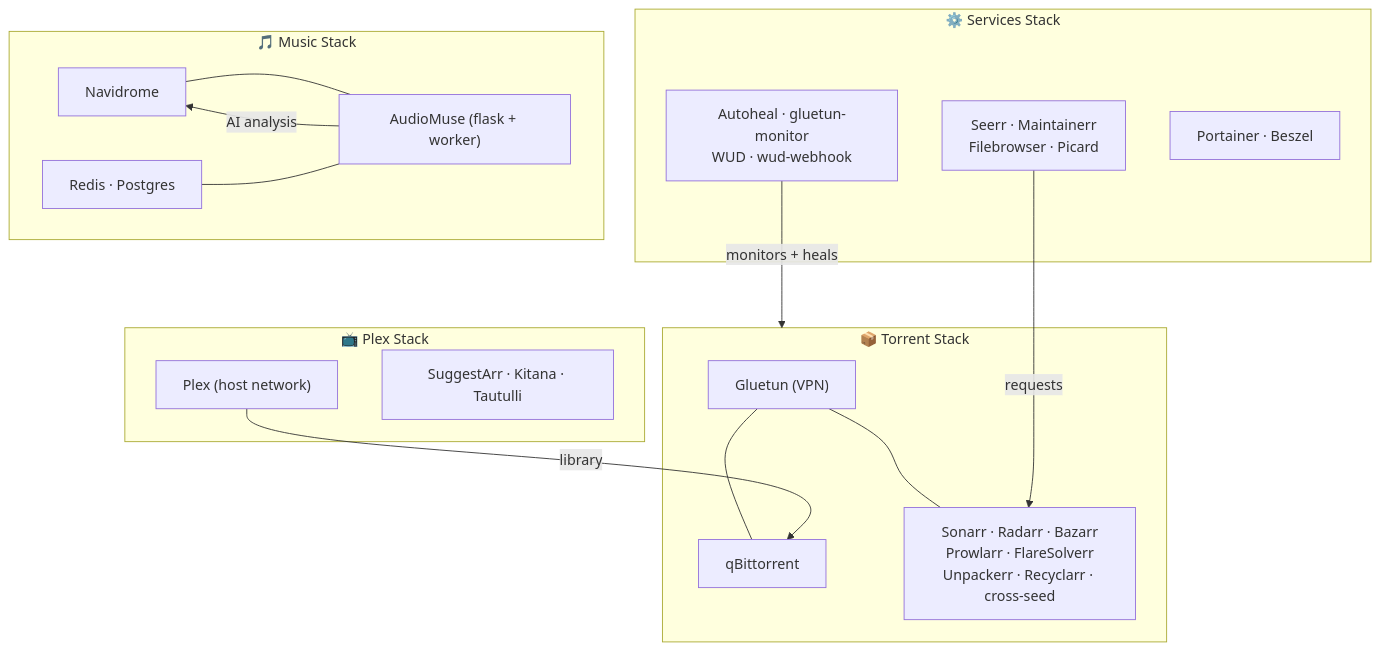
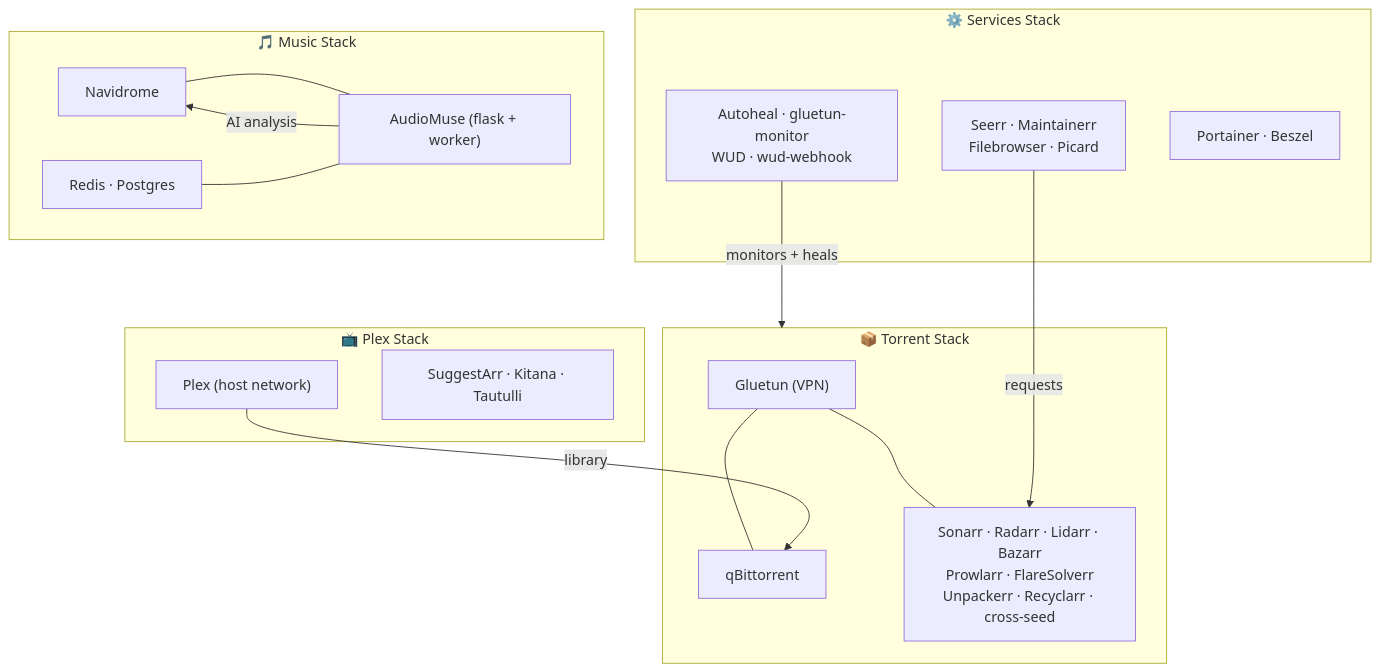
Before and after one commit to ZisisKostakakis/homelab-media: the diagram in README.md, drawn with Mermaid. The commit also changed other lines of this file, not shown here.

Commit message:
docs: add Lidarr to architecture mermaid diagram and VPN namespace diagram

````diff
--- a/README.md
+++ b/README.md
@@ -34,33 +34,33 @@
 ```mermaid
 graph TB
     subgraph TORRENT["📦 Torrent Stack"]
         GL["Gluetun (VPN)"]
         QB["qBittorrent"]
-        ARR["Sonarr · Radarr · Bazarr\nProwlarr · FlareSolverr\nUnpackerr · Recyclarr · cross-seed"]
+        ARR["Sonarr · Radarr · Lidarr · Bazarr\nProwlarr · FlareSolverr\nUnpackerr · Recyclarr · cross-seed"]
         GL --- QB & ARR
     end
 
     subgraph PLEX["📺 Plex Stack"]
         PX["Plex (host network)"]
         PS["SuggestArr · Kitana · Tautulli"]
     end
 
     subgraph SERVICES["⚙️ Services Stack"]
         SR["Seerr · Maintainerr\nFilebrowser · Picard"]
         SH["Autoheal · gluetun-monitor\nWUD · wud-webhook"]
         OPS["Portainer · Beszel"]
     end
 
     subgraph MUSIC["🎵 Music Stack"]
         NAV["Navidrome"]
         AM["AudioMuse (flask + worker)"]
         DB["Redis · Postgres"]
         NAV --- AM
         DB --- AM
     end
 
     SR -->|"requests"| ARR
     PX -->|"library"| QB
     SH -->|"monitors + heals"| TORRENT
     AM -->|"AI analysis"| NAV
 ```
````
